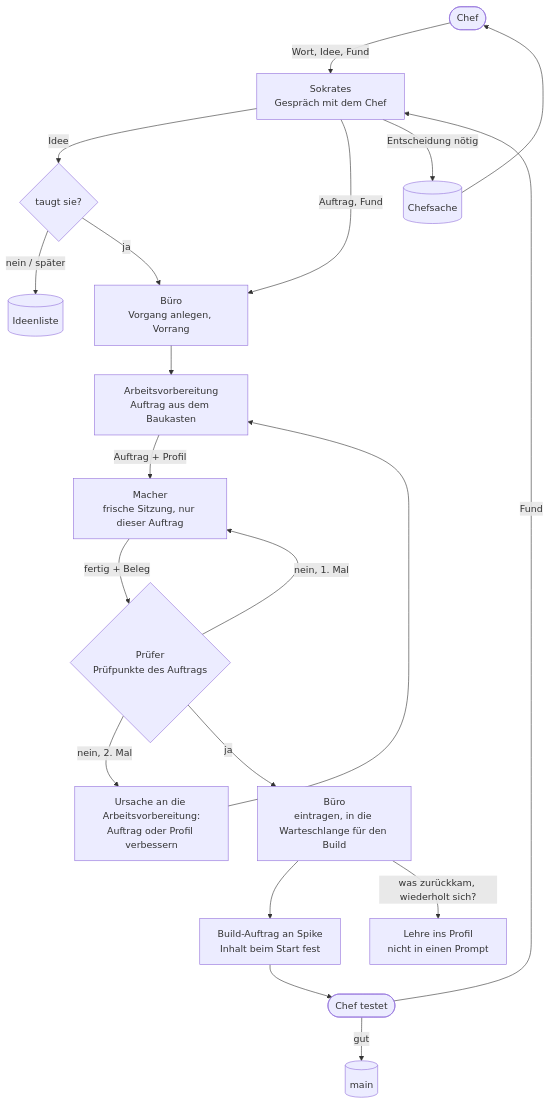
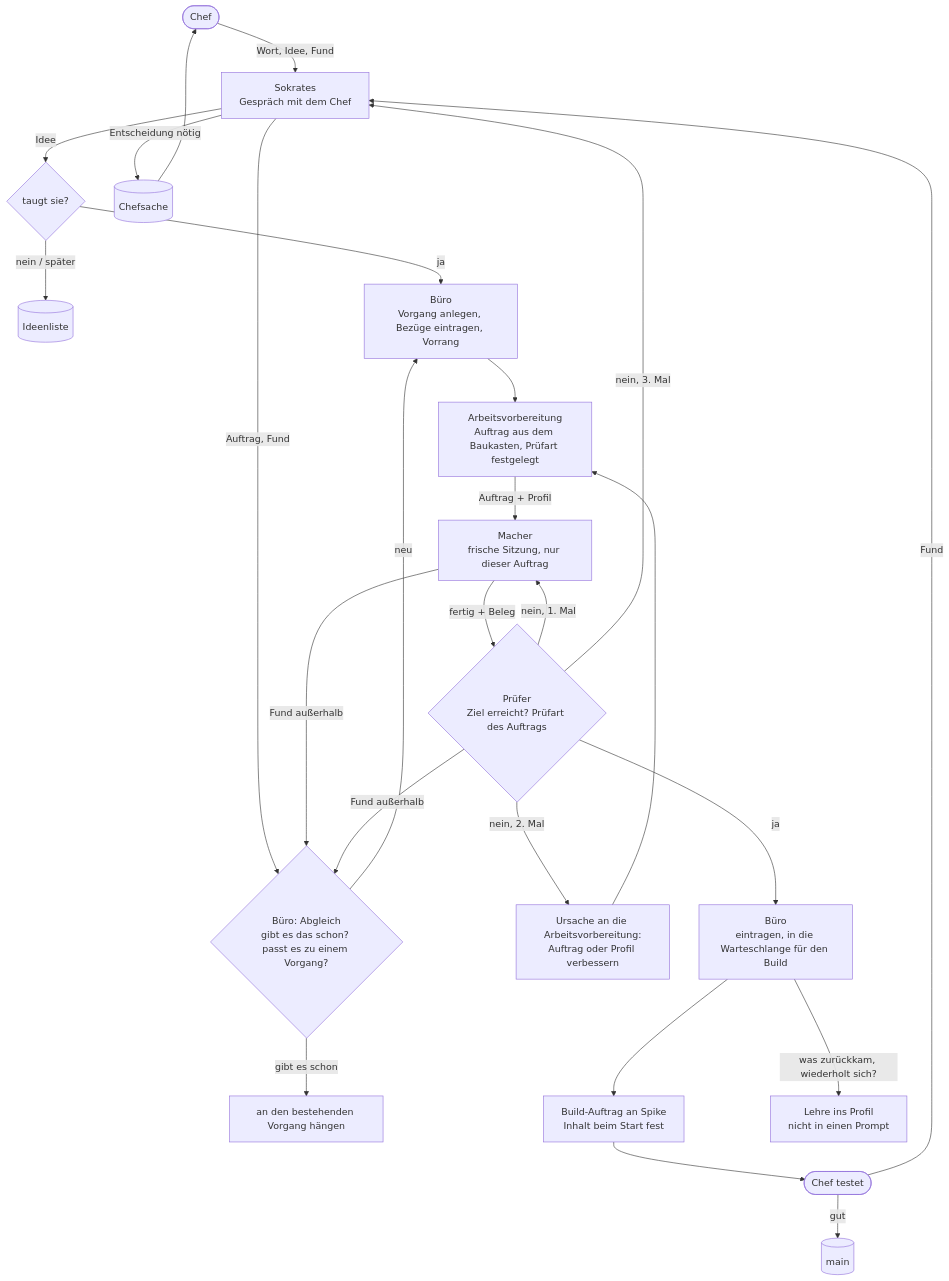
Before and after one commit to tramour-cmyk/androidapp_rpg_bornim: the diagram in docs/entwurf/1727-grobablauf.md, drawn with Mermaid. The commit also changed other lines of this file, not shown here.

First line of the commit message:
Sokrates: 1727 Abgleich, Prüfart, Rückläufer (Chef 09:00)

````diff
--- a/docs/entwurf/1727-grobablauf.md
+++ b/docs/entwurf/1727-grobablauf.md
@@ -13,20 +13,25 @@
 ```mermaid
 flowchart TD
     C([Chef]) -->|Wort, Idee, Fund| S[Sokrates<br/>Gespräch mit dem Chef]
     S -->|Idee| I{taugt sie?}
     I -->|nein / später| IL[(Ideenliste)]
     I -->|ja| V
-    S -->|Auftrag, Fund| V[Büro<br/>Vorgang anlegen, Vorrang]
+    S -->|Auftrag, Fund| AB{Büro: Abgleich<br/>gibt es das schon? passt es zu einem Vorgang?}
+    AB -->|gibt es schon| ALT[an den bestehenden Vorgang hängen]
+    AB -->|neu| V[Büro<br/>Vorgang anlegen, Bezüge eintragen, Vorrang]
     S -->|Entscheidung nötig| CS[(Chefsache)] --> C
-    V --> A[Arbeitsvorbereitung<br/>Auftrag aus dem Baukasten]
+    V --> A[Arbeitsvorbereitung<br/>Auftrag aus dem Baukasten, Prüfart festgelegt]
     A -->|Auftrag + Profil| M[Macher<br/>frische Sitzung, nur dieser Auftrag]
-    M -->|fertig + Beleg| P{Prüfer<br/>Prüfpunkte des Auftrags}
+    M -->|fertig + Beleg| P{Prüfer<br/>Ziel erreicht? Prüfart des Auftrags}
+    M -->|Fund außerhalb| AB
+    P -->|Fund außerhalb| AB
     P -->|nein, 1. Mal| M
     P -->|nein, 2. Mal| A2[Ursache an die Arbeitsvorbereitung:<br/>Auftrag oder Profil verbessern] --> A
+    P -->|nein, 3. Mal| S
     P -->|ja| B[Büro<br/>eintragen, in die Warteschlange für den Build]
     B --> BA[Build-Auftrag an Spike<br/>Inhalt beim Start fest]
     BA --> T([Chef testet])
     T -->|gut| MAIN[(main)]
     T -->|Fund| S
     B -->|was zurückkam, wiederholt sich?| L[Lehre ins Profil<br/>nicht in einen Prompt]
 ```
````
